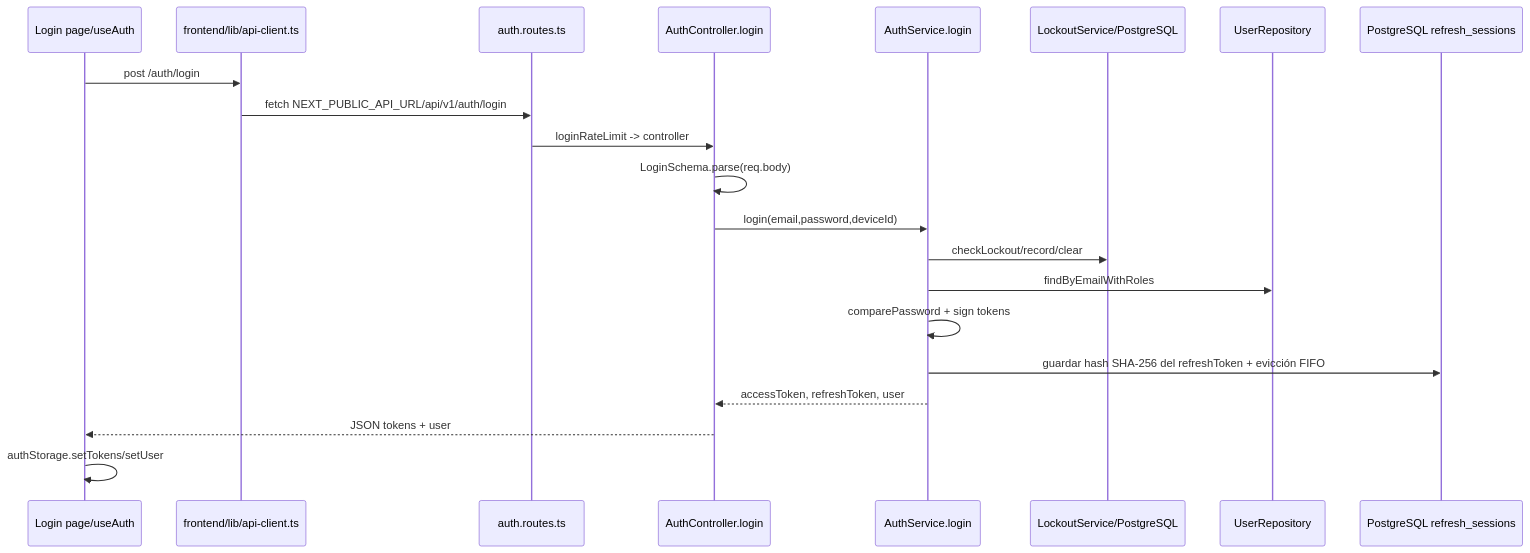
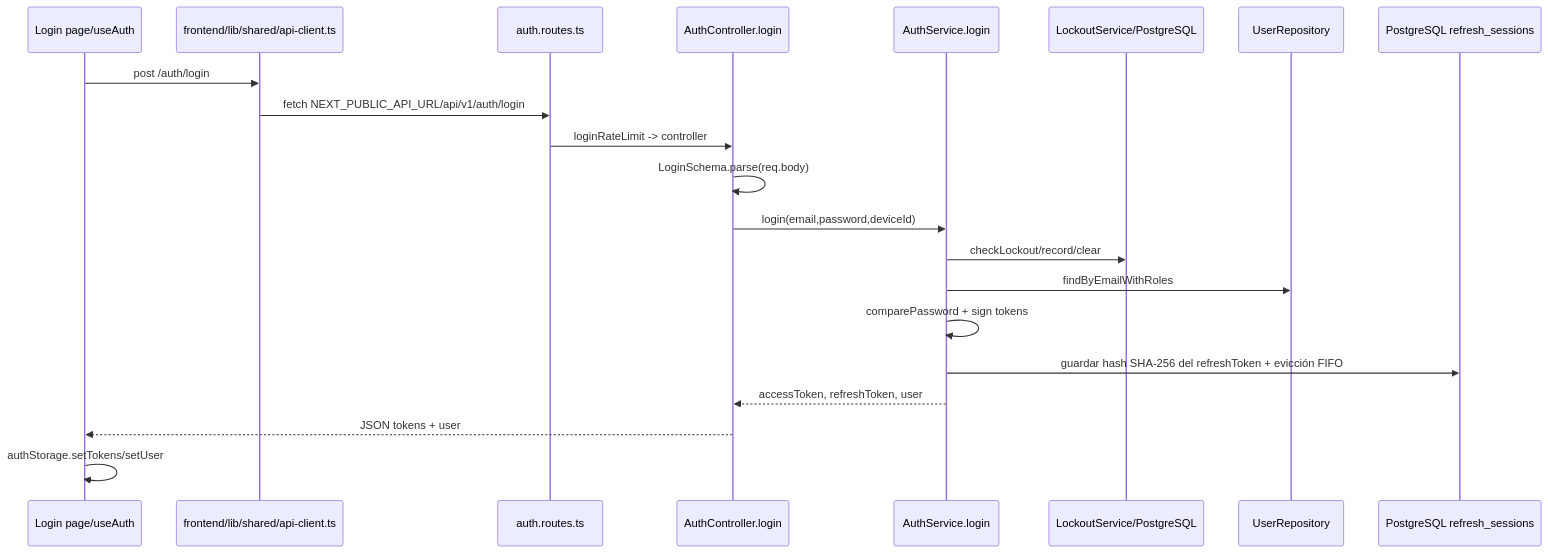
The fifth of 6 diagrams in docs/ARQUITECTURA.md (Andejecruher/nexo-comercial), drawn with Mermaid before and after one commit. The commit also changed other lines of this file and 1104 other files, not shown here.

````diff
--- a/docs/ARQUITECTURA.md
+++ b/docs/ARQUITECTURA.md
@@ -298,23 +298,23 @@
 ```mermaid
 sequenceDiagram
   participant UI as Login page/useAuth
-  participant ApiClient as frontend/lib/api-client.ts
+  participant ApiClient as frontend/lib/shared/api-client.ts
   participant Route as auth.routes.ts
   participant Ctrl as AuthController.login
   participant Svc as AuthService.login
   participant Lock as LockoutService/PostgreSQL
   participant Repo as UserRepository
   participant DB as PostgreSQL refresh_sessions
   UI->>ApiClient: post /auth/login
   ApiClient->>Route: fetch NEXT_PUBLIC_API_URL/api/v1/auth/login
   Route->>Ctrl: loginRateLimit -> controller
   Ctrl->>Ctrl: LoginSchema.parse(req.body)
   Ctrl->>Svc: login(email,password,deviceId)
   Svc->>Lock: checkLockout/record/clear
   Svc->>Repo: findByEmailWithRoles
   Svc->>Svc: comparePassword + sign tokens
   Svc->>DB: guardar hash SHA-256 del refreshToken + evicción FIFO
   Svc-->>Ctrl: accessToken, refreshToken, user
   Ctrl-->>UI: JSON tokens + user
   UI->>UI: authStorage.setTokens/setUser
 ```
````
